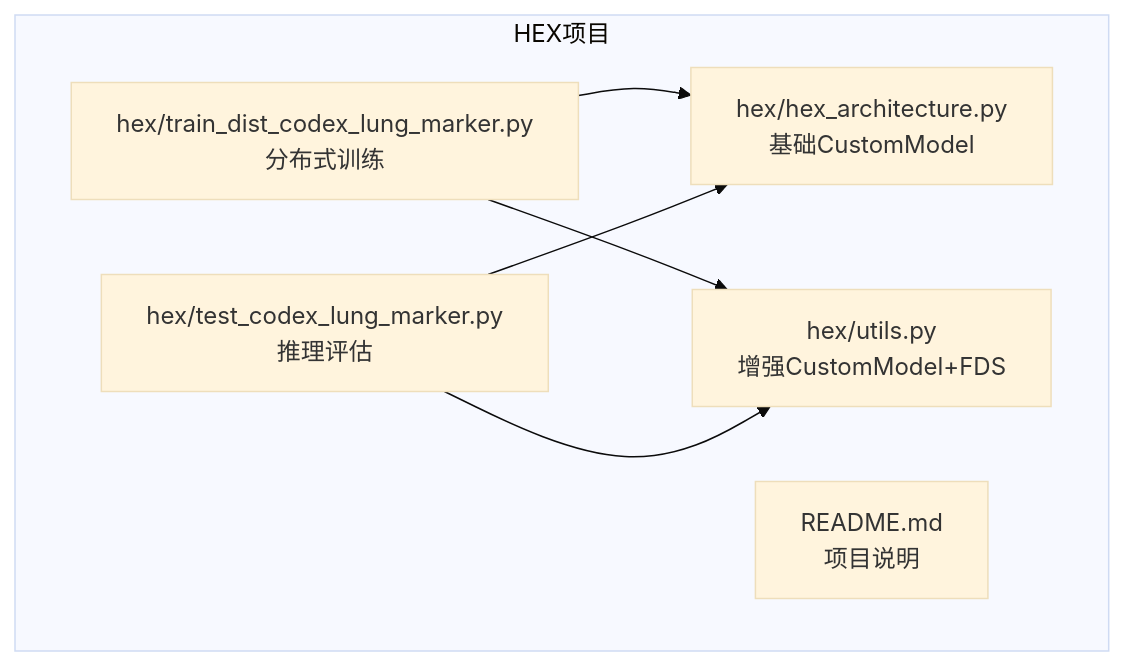
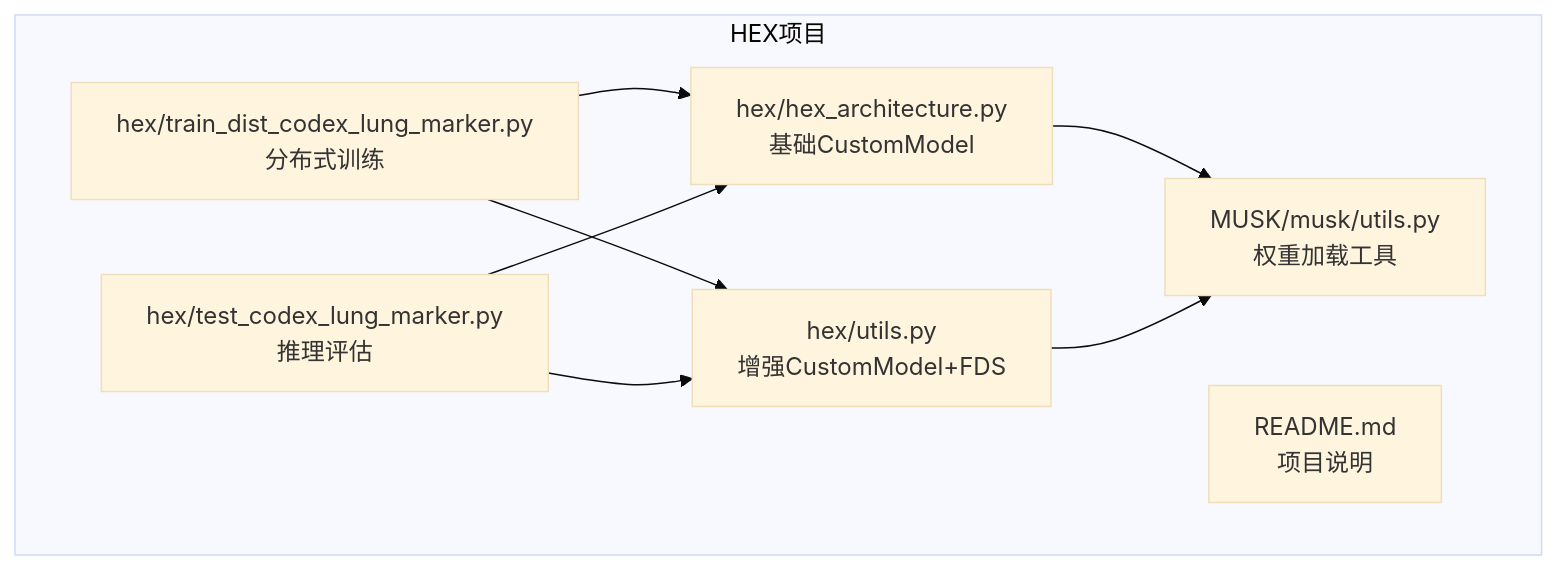
One commit to acproject/HEX changed the first of 5 diagrams in .qoder/repowiki/zh/content/HEX模型架构/CustomModel设计原理.md. Above: the diagram before and after it, drawn with Mermaid (base theme). The commit also changed other lines of this file and 2 other files, not shown here.

First line of the commit message:
docs(HEX): 更新CustomModel权重加载机制及文档说明

````diff
--- a/.qoder/repowiki/zh/content/HEX模型架构/CustomModel设计原理.md
+++ b/.qoder/repowiki/zh/content/HEX模型架构/CustomModel设计原理.md
@@ -40,14 +49,17 @@
 ```mermaid
 graph TB
 subgraph "HEX项目"
 A["hex/hex_architecture.py<br/>基础CustomModel"]
 B["hex/utils.py<br/>增强CustomModel+FDS"]
-C["hex/train_dist_codex_lung_marker.py<br/>分布式训练"]
-D["hex/test_codex_lung_marker.py<br/>推理评估"]
-E["README.md<br/>项目说明"]
+C["MUSK/musk/utils.py<br/>权重加载工具"]
+D["hex/train_dist_codex_lung_marker.py<br/>分布式训练"]
+E["hex/test_codex_lung_marker.py<br/>推理评估"]
+F["README.md<br/>项目说明"]
 end
-C --> A
-C --> B
+A --> C
+B --> C
 D --> A
 D --> B
+E --> A
+E --> B
 ```
````
